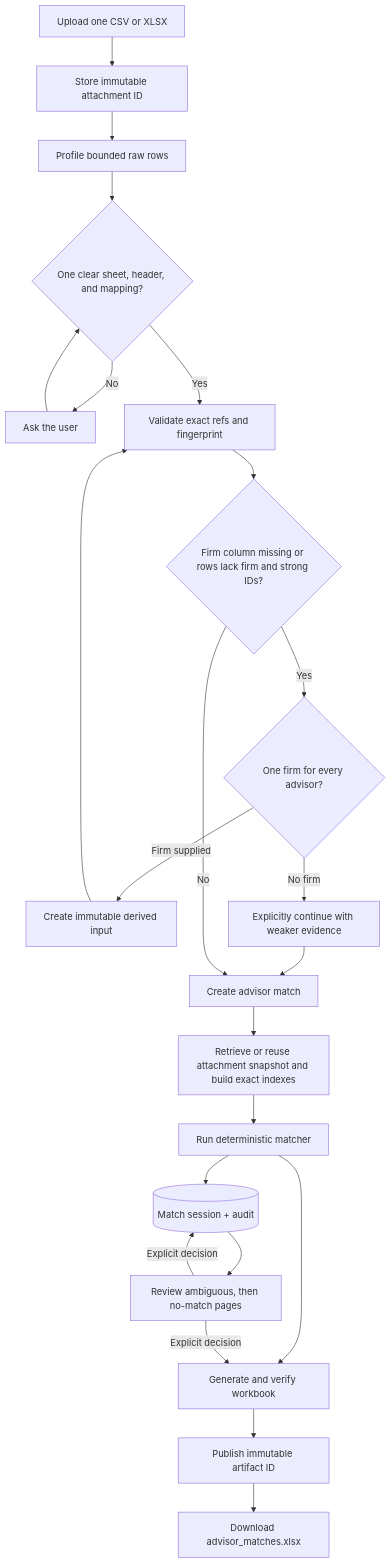
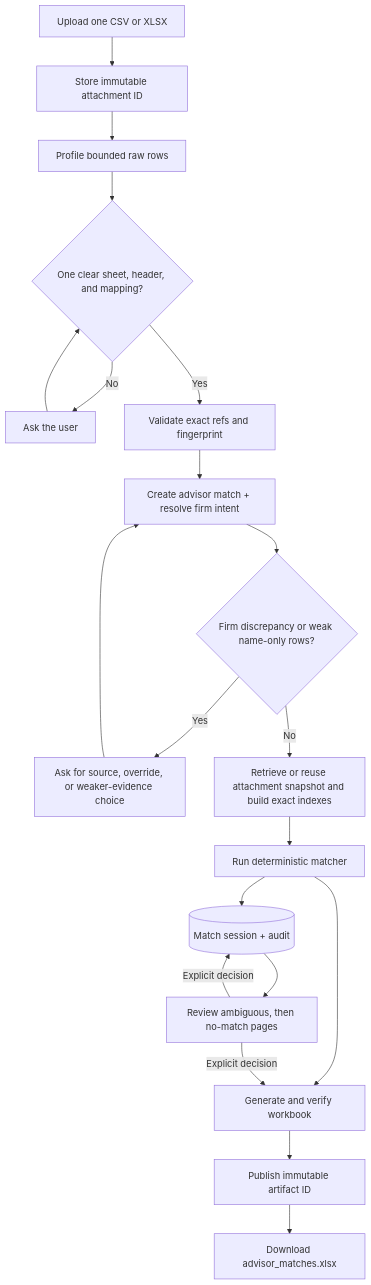
Before and after one commit to lizequnwz/deepagents-agents: the first of 2 diagrams in advisor-match-agent/docs/ADVISOR_MATCH_WORKFLOW_WALKTHROUGH.md, drawn with Mermaid. The commit also changed other lines of this file and 27 other files, not shown here.

````diff
--- a/advisor-match-agent/docs/ADVISOR_MATCH_WORKFLOW_WALKTHROUGH.md
+++ b/advisor-match-agent/docs/ADVISOR_MATCH_WORKFLOW_WALKTHROUGH.md
@@ -7,22 +7,21 @@
 ```mermaid
 flowchart TD
     U["Upload one CSV or XLSX"] --> A["Store immutable attachment ID"]
     A --> P["Profile bounded raw rows"]
     P --> I{"One clear sheet, header, and mapping?"}
     I -->|No| Q["Ask the user"] --> I
     I -->|Yes| V["Validate exact refs and fingerprint"]
-    V --> F{"Firm column missing or rows lack firm and strong IDs?"}
-    F -->|Yes| C{"One firm for every advisor?"}
-    C -->|Firm supplied| A2["Create immutable derived input"] --> V
-    C -->|No firm| W2["Explicitly continue with weaker evidence"] --> R
-    F -->|No| R["Create advisor match"]
-    R --> S["Retrieve or reuse attachment snapshot and build exact indexes"]
+    V --> R["Create advisor match + resolve firm intent"]
+    R --> F{"Firm discrepancy or weak name-only rows?"}
+    F -->|Yes| C["Ask for source, override, or weaker-evidence choice"] --> R
+    F -->|No| S
+    S["Retrieve or reuse attachment snapshot and build exact indexes"]
     S --> M["Run deterministic matcher"]
     M --> DB[("Match session + audit")]
     M --> W["Generate and verify workbook"]
     DB --> E["Review ambiguous, then no-match pages"]
     E -->|Explicit decision| DB
     E -->|Explicit decision| W
     W --> X["Publish immutable artifact ID"]
     X --> D["Download advisor_matches.xlsx"]
 ```
````
